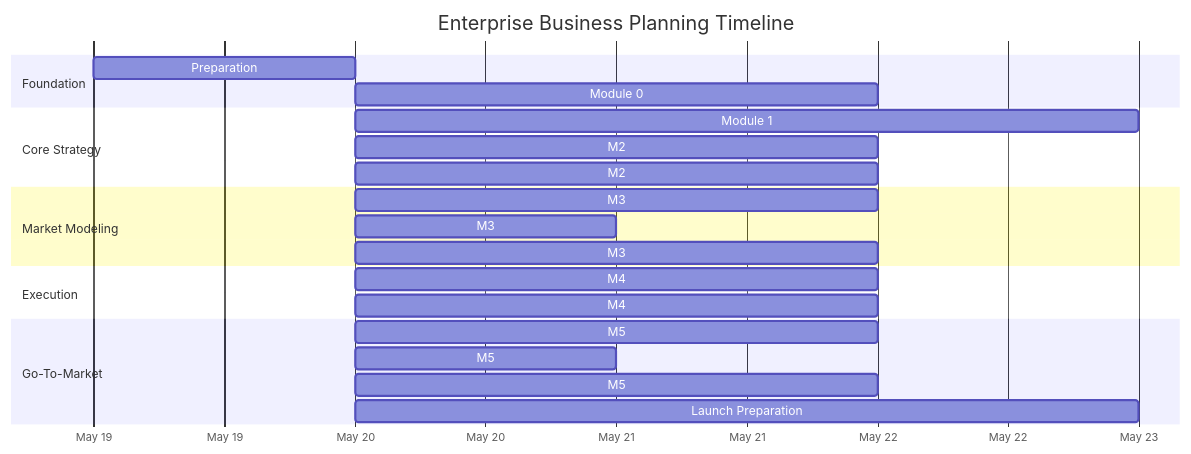
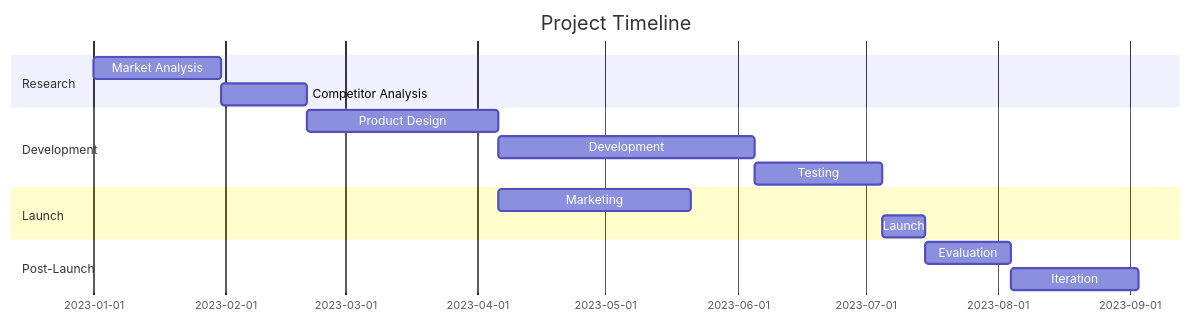
The second of 6 diagrams in README.md (fenago/VibeBusinessPlanning), drawn with Mermaid before and after one commit. The commit also changed other lines of this file and 6 other files, not shown here.

Commit message:
Apply final comprehensive fixes to all Mermaid diagrams

````diff
--- a/README.md
+++ b/README.md
@@ -125,26 +126,18 @@
 ```mermaid
 gantt
-title Enterprise Business Planning Timeline
-dateFormat  YYYY-MM-DD
-axisFormat %b %d
-todayMarker off
-section Foundation
-Preparation          :prep, 2025-05-19, 1d
-Module 0: Research   :m0, after prep, 2d
-section Core Strategy
-Module 1: Business Concept :m1, after m0, 3d
-M2: Solution (Part 1)      :m2p1, after m1, 2d
-M2: Solution (Part 2)      :m2p2, after m2p1, 2d
-section Market Modeling
-M3: Business Model (P1)    :m3p1, after m2p2, 2d
-M3: Business Model (P2)    :m3p2, after m3p1, 1d
-M3: Business Model (P3)    :m3p3, after m3p2, 2d
-section Execution
-M4: Implementation (P1)    :m4p1, after m3p3, 2d
-M4: Implementation (P2)    :m4p2, after m4p1, 2d
-section Go-To-Market
-M5: Products (P1)          :m5p1, after m4p2, 2d
-M5: Products (P2)          :m5p2, after m5p1, 1d
-M5: Products (P3)          :m5p3, after m5p2, 2d
-Launch Preparation         :launch, after m5p3, 3d
+    title Project Timeline
+    dateFormat  YYYY-MM-DD
+    section Research
+    Market Analysis      :a1, 2023-01-01, 30d
+    Competitor Analysis  :a2, after a1, 20d
+    section Development
+    Product Design       :b1, after a2, 45d
+    Development          :b2, after b1, 60d
+    Testing              :b3, after b2, 30d
+    section Launch
+    Marketing            :c1, after b1, 45d
+    Launch               :c2, after b3, 10d
+    section Post-Launch
+    Evaluation           :d1, after c2, 20d
+    Iteration            :d2, after d1, 30d
 ```
````
